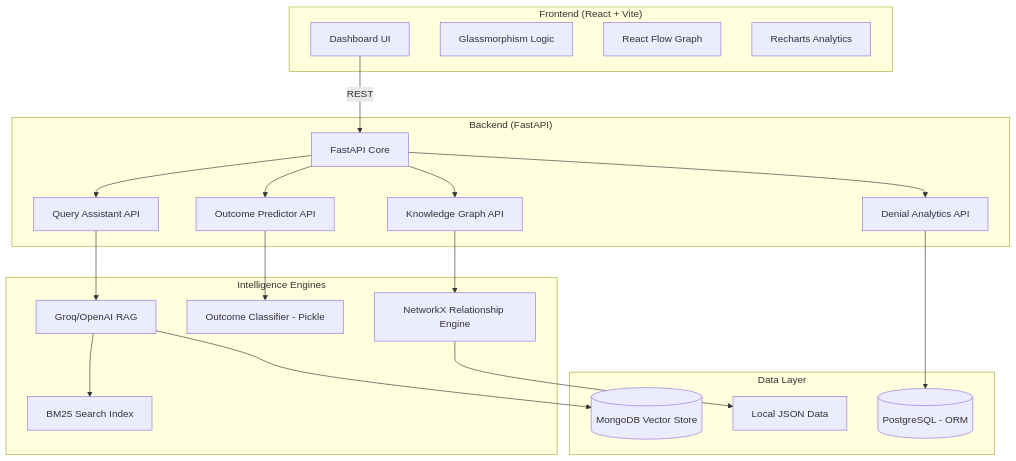
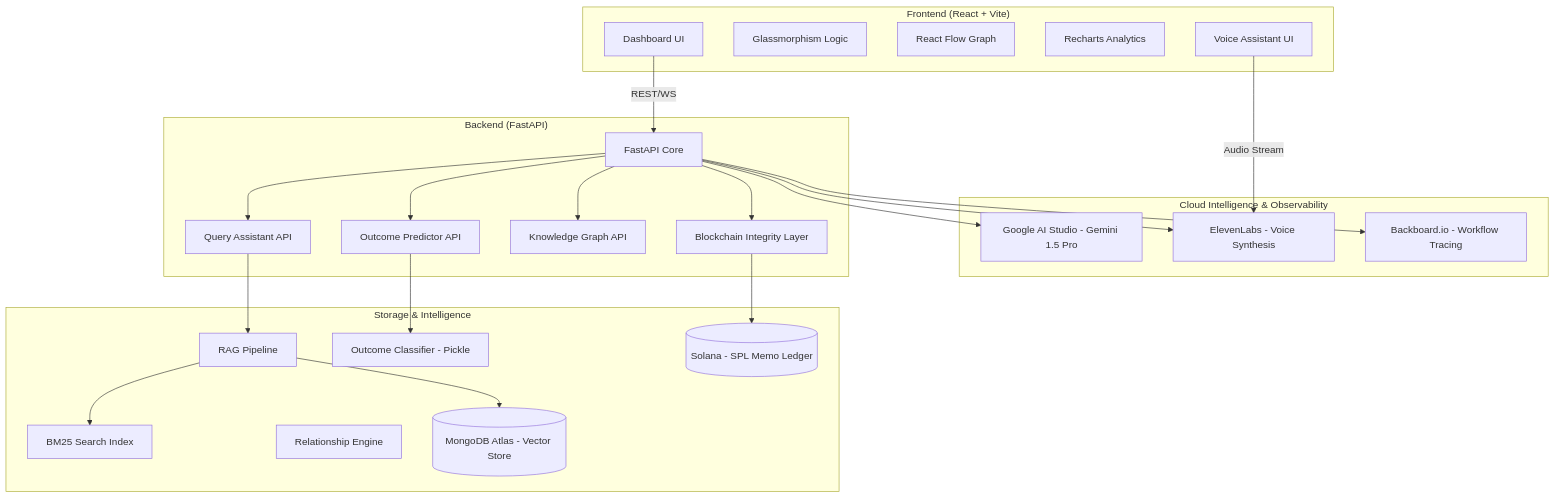
The diagram in README.md (MohitSahoo/RTI_Lens), drawn with Mermaid before and after one commit. The commit also changed other lines of this file and 68 other files, not shown here.

Commit message:
feat: Integrated Solana Blockchain, Gemini RAG, MongoDB Vector Search, and ElevenLabs Neural Voice Synthesis. Refined RAG pipeline with grounding and Backboard observability.

````diff
--- a/README.md
+++ b/README.md
@@ -9,42 +9,45 @@
 ```mermaid
 graph TD
     subgraph "Frontend (React + Vite)"
         UI[Dashboard UI]
         GL[Glassmorphism Logic]
         RF[React Flow Graph]
         RC[Recharts Analytics]
+        VA[Voice Assistant UI]
+    end
+
+    subgraph "Cloud Intelligence & Observability"
+        GAI[Google AI Studio - Gemini 1.5 Pro]
+        EL[ElevenLabs - Voice Synthesis]
+        BB[Backboard.io - Workflow Tracing]
     end
 
     subgraph "Backend (FastAPI)"
         BE[FastAPI Core]
         API_Q[Query Assistant API]
         API_P[Outcome Predictor API]
         API_G[Knowledge Graph API]
-        API_A[Denial Analytics API]
+        BC[Blockchain Integrity Layer]
     end
 
-    subgraph "Intelligence Engines"
-        RAG[Groq/OpenAI RAG]
+    subgraph "Storage & Intelligence"
+        RAG[RAG Pipeline]
         ML[Outcome Classifier - Pickle]
         BM25[BM25 Search Index]
-        KG[NetworkX Relationship Engine]
+        KG[Relationship Engine]
+        MDB[(MongoDB Atlas - Vector Store)]
+        SOL[(Solana - SPL Memo Ledger)]
     end
 
-    subgraph "Data Layer"
-        PG[(PostgreSQL - ORM)]
-        MV[(MongoDB Vector Store)]
-        FS[Local JSON Data]
-    end
-
-    UI -- REST --> BE
-    BE --> API_Q & API_P & API_G & API_A
+    UI -- REST/WS --> BE
+    BE --> GAI & EL & BB
+    BE --> API_Q & API_P & API_G & BC
     
     API_Q --> RAG
-    RAG --> BM25 & MV
+    RAG --> BM25 & MDB
     
     API_P --> ML
-    API_G --> KG
-    KG --> FS
+    BC --> SOL
     
-    API_A --> PG
+    VA -- Audio Stream --> EL
 ```
````
